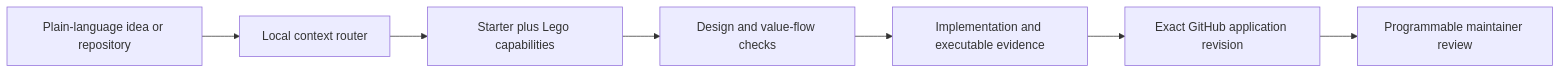
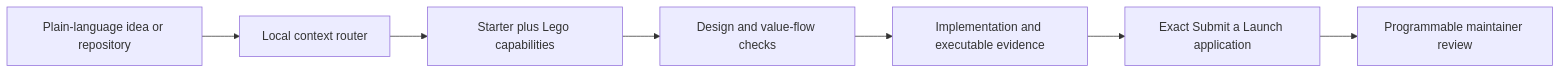
The diagram in README.md (0xprogrammable/hookbuilder), drawn with Mermaid before and after one commit. The commit also changed other lines of this file and 31 other files, not shown here.

Commit message:
feat: route stable builder to Submit a Launch

````diff
--- a/README.md
+++ b/README.md
@@ -78,9 +84,9 @@
 ```mermaid
 flowchart LR
   A["Plain-language idea or repository"] --> B["Local context router"]
   B --> C["Starter plus Lego capabilities"]
   C --> D["Design and value-flow checks"]
   D --> E["Implementation and executable evidence"]
-  E --> F["Exact GitHub application revision"]
+  E --> F["Exact Submit a Launch application"]
   F --> G["Programmable maintainer review"]
 ```
````
